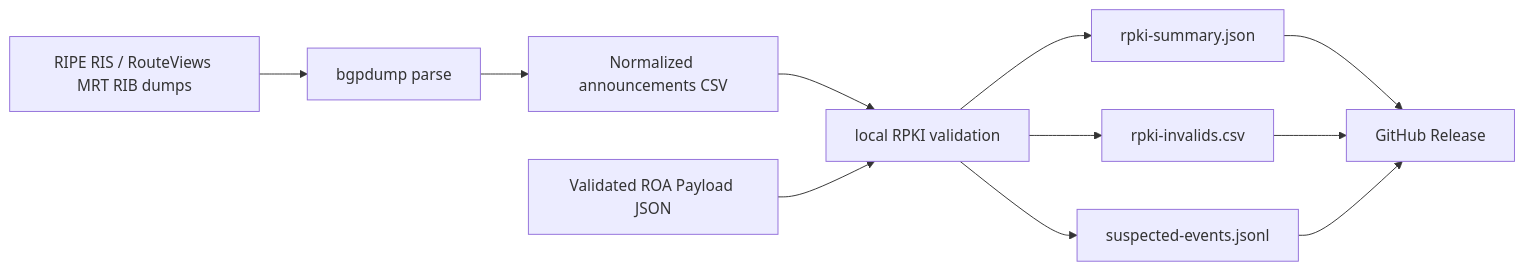
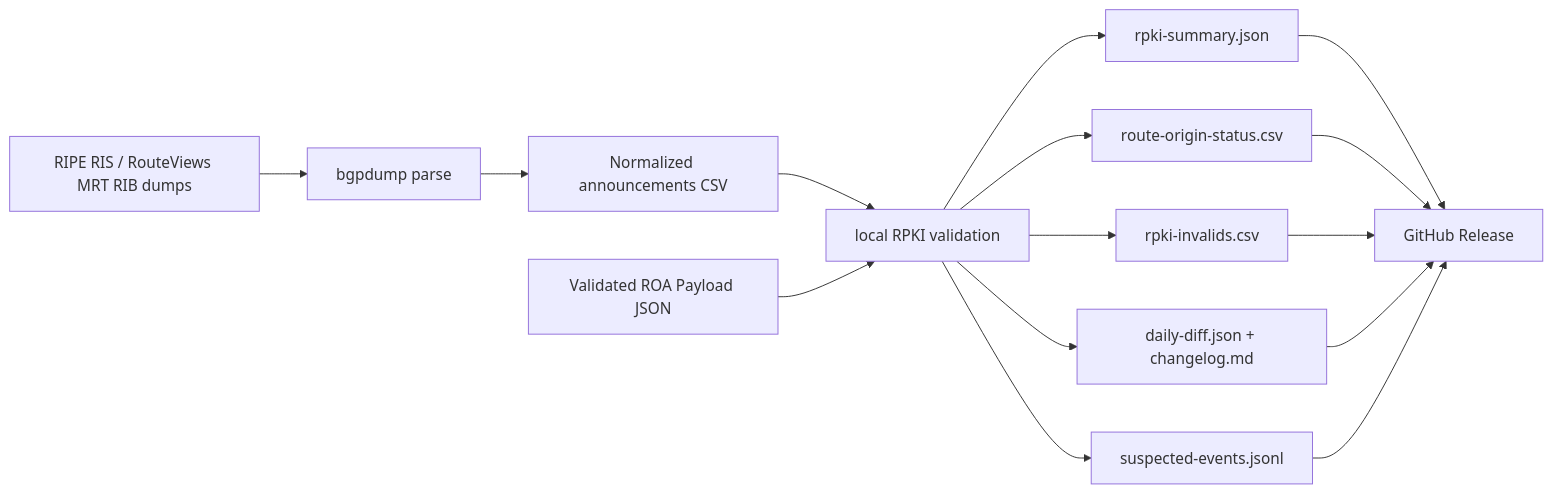
Before and after one commit to ipanalytics/RouteSentinel: the diagram in README.md, drawn with Mermaid. The commit also changed other lines of this file and 7 other files, not shown here.

````diff
--- a/README.md
+++ b/README.md
@@ -42,13 +35,17 @@
 ```mermaid
 flowchart LR
   rib["RIPE RIS / RouteViews MRT RIB dumps"] --> parse["bgpdump parse"]
   csv["Normalized announcements CSV"] --> validate["local RPKI validation"]
   vrp["Validated ROA Payload JSON"] --> validate
   parse --> csv
   validate --> summary["rpki-summary.json"]
+  validate --> status["route-origin-status.csv"]
   validate --> invalids["rpki-invalids.csv"]
+  validate --> diff["daily-diff.json + changelog.md"]
   validate --> events["suspected-events.jsonl"]
   summary --> release["GitHub Release"]
+  status --> release
   invalids --> release
+  diff --> release
   events --> release
 ```
````
